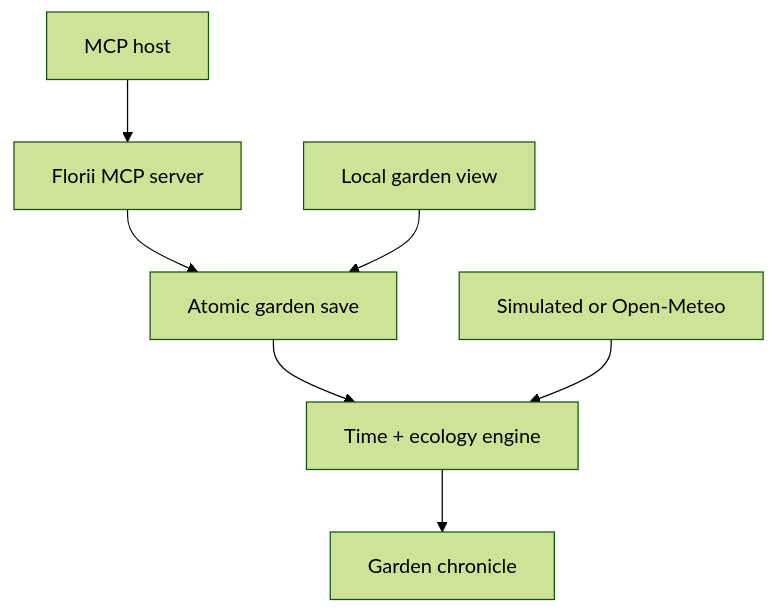
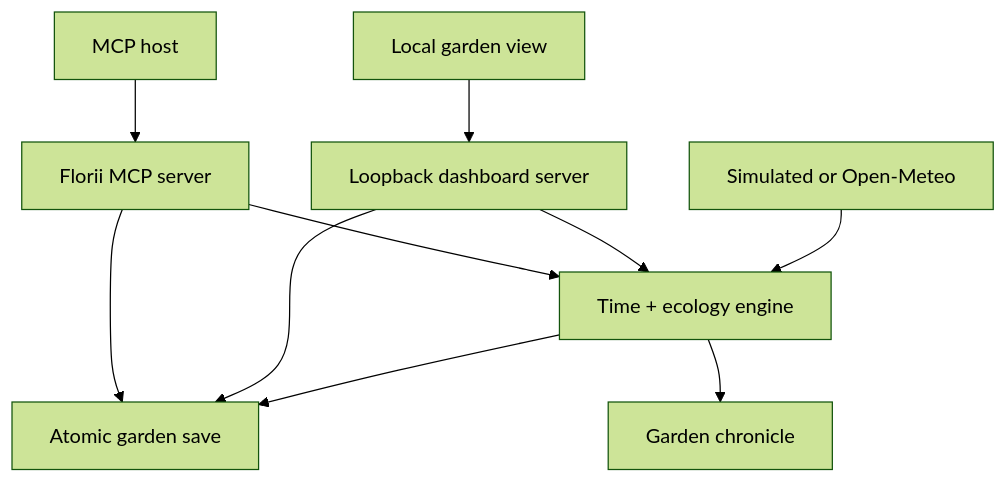
Before and after one commit to triiitri-yukari/Florii: the diagram in README.md, drawn with Mermaid (forest theme). The commit also changed other lines of this file and 1 other file, not shown here.

````diff
--- a/README.md
+++ b/README.md
@@ -201,9 +205,12 @@
 ```mermaid
 flowchart TD
     Host["MCP host"] --> Server["Florii MCP server"]
+    Browser["Local garden view"] --> Dashboard["Loopback dashboard server"]
     Server --> Store["Atomic garden save"]
-    Store --> Engine["Time + ecology engine"]
+    Dashboard --> Store
+    Server --> Engine["Time + ecology engine"]
+    Dashboard --> Engine
     Weather["Simulated or Open-Meteo"] --> Engine
-    Viewer["Local garden view"] --> Store
+    Engine --> Store
     Engine --> Chronicle["Garden chronicle"]
 ```
````
